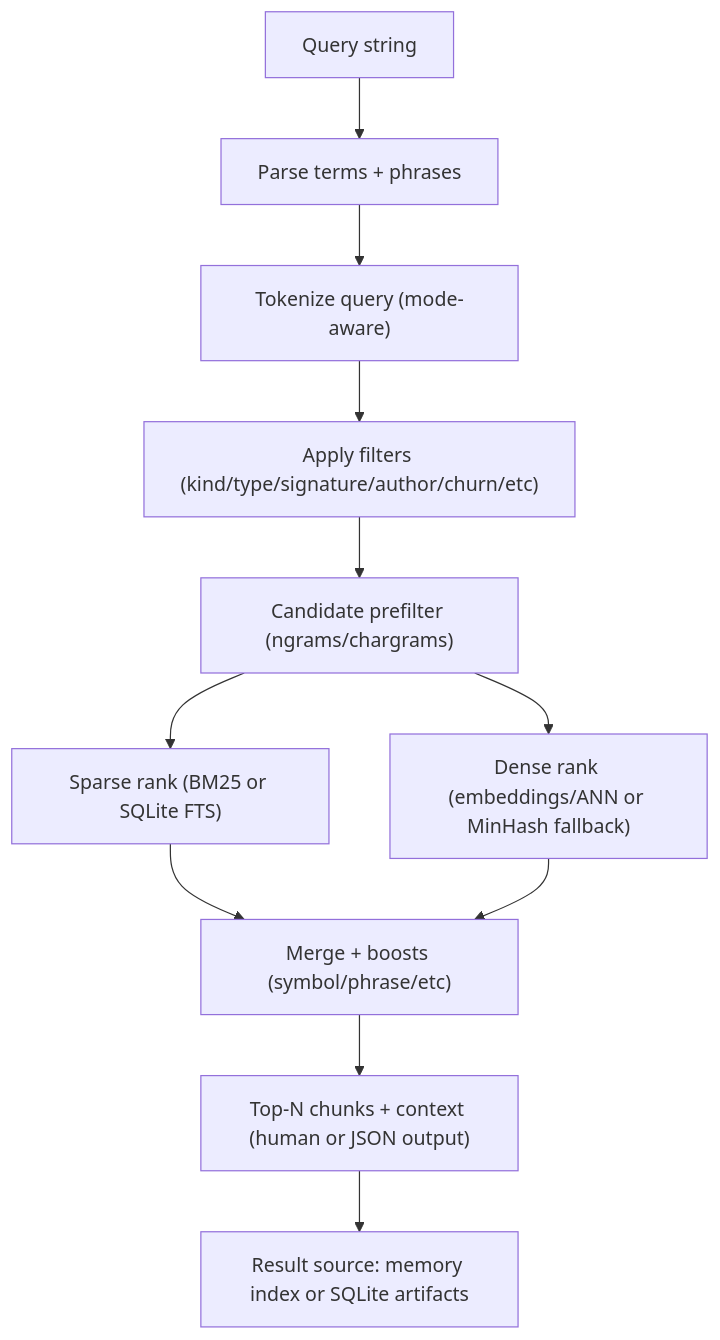
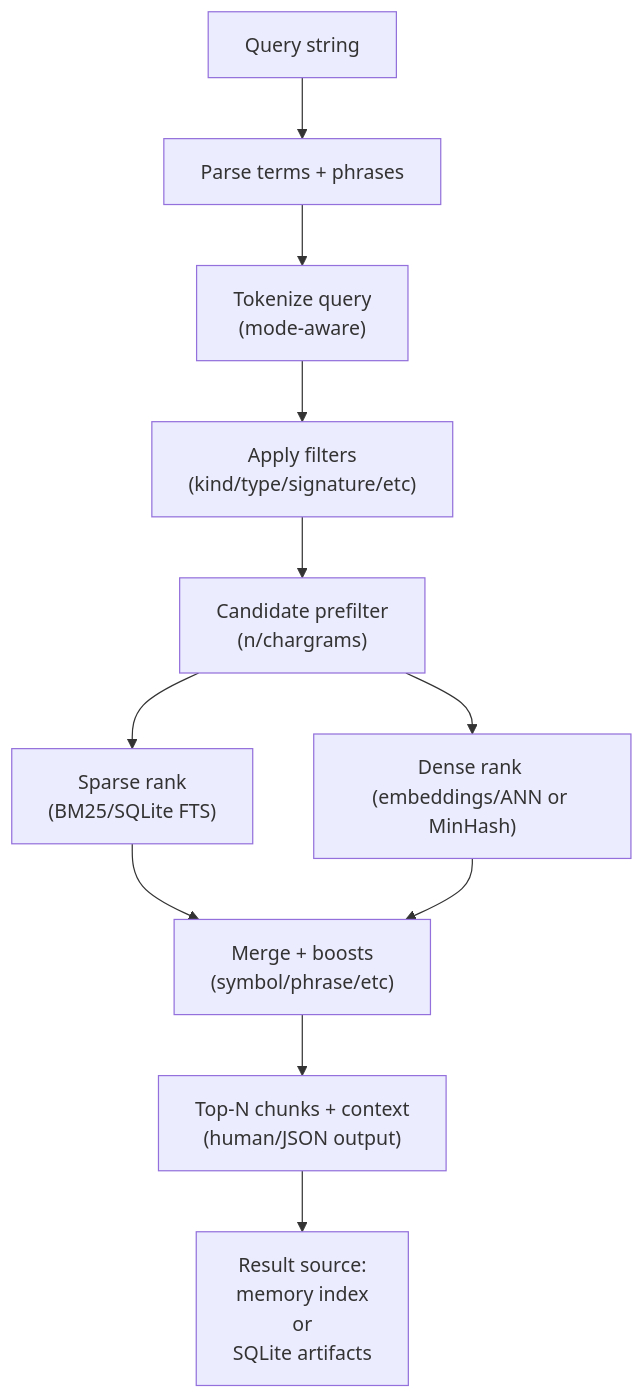
Before and after one commit to doublemover/PairOfCleats: the second of 2 diagrams in README.md, drawn with Mermaid. The commit also changed other lines of this file, not shown here.

````diff
--- a/README.md
+++ b/README.md
@@ -296,13 +296,13 @@
 ```mermaid
 flowchart TB
   Q["Query string"] --> P["Parse terms + phrases"]
-  P --> T["Tokenize query (mode-aware)"]
-  T --> F["Apply filters (kind/type/signature/author/churn/etc)"]
-  F --> C["Candidate prefilter (ngrams/chargrams)"]
-  C --> S["Sparse rank (BM25 or SQLite FTS)"]
-  C --> D["Dense rank (embeddings/ANN or MinHash fallback)"]
-  S --> M["Merge + boosts (symbol/phrase/etc)"]
+  P --> T["Tokenize query <br/>(mode-aware)"]
+  T --> F["Apply filters <br/>(kind/type/signature/etc)"]
+  F --> C["Candidate prefilter <br/>(n/chargrams)"]
+  C --> S["Sparse rank <br/>(BM25/SQLite FTS)"]
+  C --> D["Dense rank <br/>(embeddings/ANN or MinHash)"]
+  S --> M["Merge + boosts <br/>(symbol/phrase/etc)"]
   D --> M
-  M --> O["Top-N chunks + context (human or JSON output)"]
-  O --> R["Result source: memory index or SQLite artifacts"]
+  M --> O["Top-N chunks + context <br/>(human/JSON output)"]
+  O --> R["Result source: <br/>memory index <br/>or <br/>SQLite artifacts"]
 ```
````
